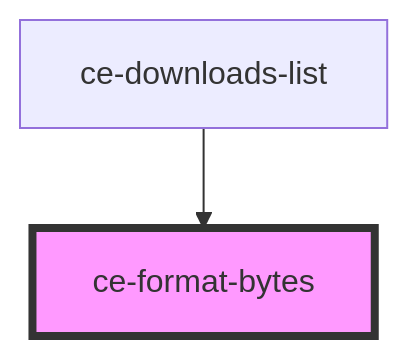
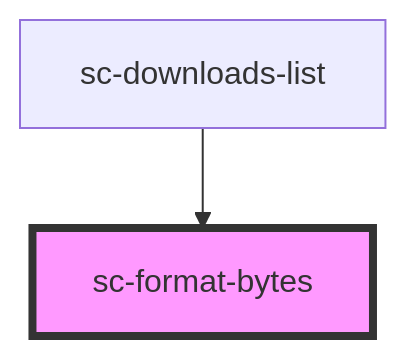
Before and after one commit to surecart/surecart-wp-plugin: the diagram in packages/components/src/components/util/format-bytes/readme.md, drawn with Mermaid. The commit also changed other lines of this file and 1281 other files, not shown here.

````diff
--- a/packages/components/src/components/util/format-bytes/readme.md
+++ b/packages/components/src/components/util/format-bytes/readme.md
@@ -25,5 +25,5 @@
 ```mermaid
 graph TD;
-  ce-downloads-list --> ce-format-bytes
-  style ce-format-bytes fill:#f9f,stroke:#333,stroke-width:4px
+  sc-downloads-list --> sc-format-bytes
+  style sc-format-bytes fill:#f9f,stroke:#333,stroke-width:4px
 ```
````
